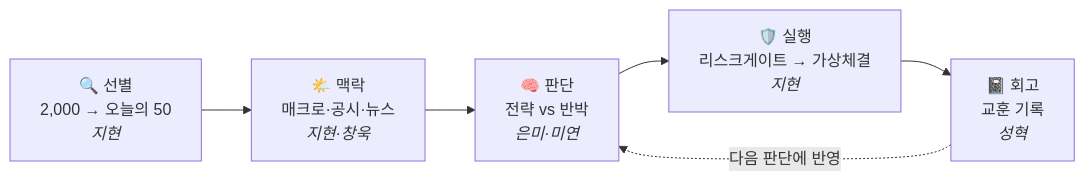
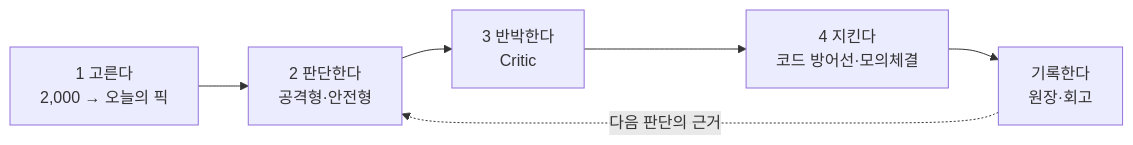
One commit to jaymunsh/quantinue-wiki changed the diagram in documents/홈.md. Above: the diagram before and after it, drawn with Mermaid. The commit also changed other lines of this file and 87 other files, not shown here.

````diff
--- a/documents/홈.md
+++ b/documents/홈.md
@@ -10,8 +9,8 @@
 ```mermaid
 flowchart LR
-  A["🔍 선별<br/>2,000 → 오늘의 50<br/><i>지현</i>"] --> B["🌤️ 맥락<br/>매크로·공시·뉴스<br/><i>지현·창욱</i>"]
-  B --> C["🧠 판단<br/>전략 vs 반박<br/><i>은미·미연</i>"]
-  C --> D["🛡️ 실행<br/>리스크게이트 → 가상체결<br/><i>지현</i>"]
-  D --> E["📓 회고<br/>교훈 기록<br/><i>성혁</i>"]
-  E -.다음 판단에 반영.-> C
+  A["1 고른다<br/>2,000 → 오늘의 픽"] --> B["2 판단한다<br/>공격형·안전형"]
+  B --> C["3 반박한다<br/>Critic"]
+  C --> D["4 지킨다<br/>코드 방어선·모의체결"]
+  D --> E["기록한다<br/>원장·회고"]
+  E -.다음 판단의 근거.-> B
 ```
````
